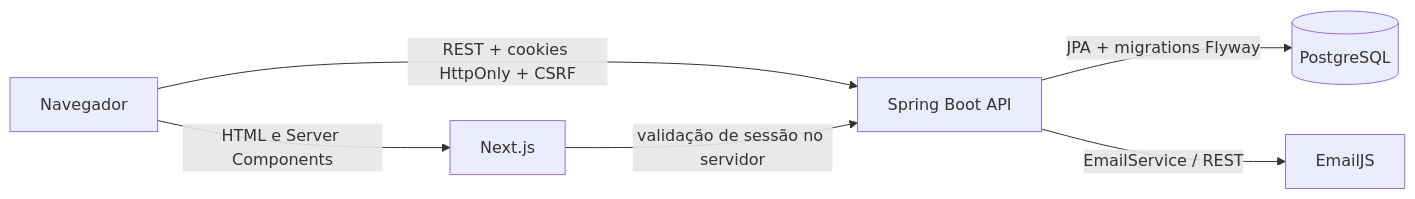
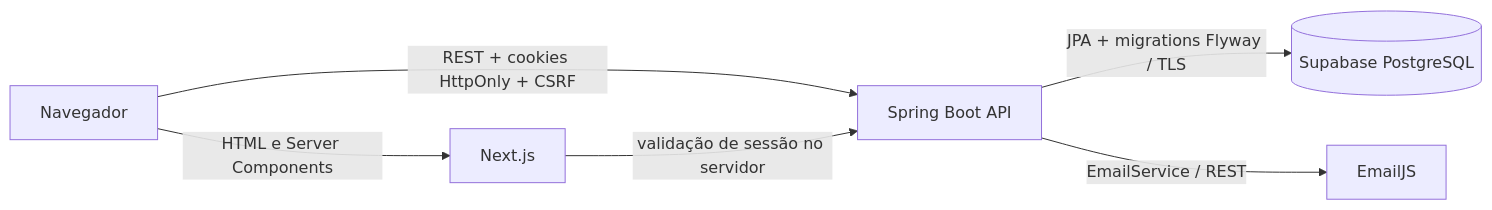
The diagram in docs/ARCHITECTURE.md (Rodrig52261/KodoCode), drawn with Mermaid before and after one commit. The commit also changed other lines of this file and 12 other files, not shown here.

````diff
--- a/docs/ARCHITECTURE.md
+++ b/docs/ARCHITECTURE.md
@@ -7,8 +7,8 @@
 ```mermaid
 flowchart LR
     B[Navegador] -->|HTML e Server Components| N[Next.js]
     B -->|REST + cookies HttpOnly + CSRF| A[Spring Boot API]
     N -->|validação de sessão no servidor| A
-    A -->|JPA + migrations Flyway| P[(PostgreSQL)]
+    A -->|JPA + migrations Flyway / TLS| P[(Supabase PostgreSQL)]
     A -->|EmailService / REST| E[EmailJS]
 ```
````
